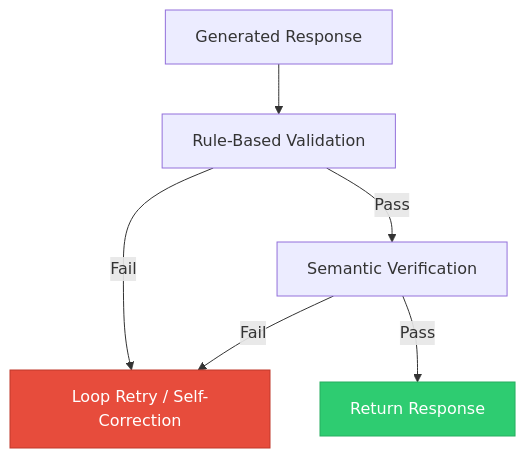
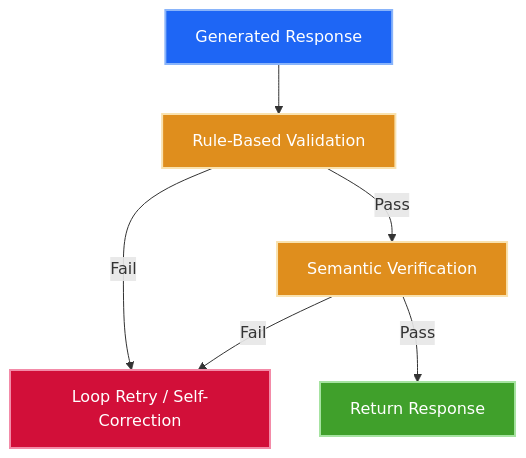
The fourth of 4 diagrams in README.md (himanshu-jadhav108/AgentFlow-AI), drawn with Mermaid before and after one commit. The commit also changed other lines of this file and 23 other files, not shown here.

Commit message:
docs: remove docs links, untrack docs folder, and apply Catppuccin color theme to Mermaid diagrams

````diff
--- a/README.md
+++ b/README.md
@@ -243,11 +244,13 @@
 ```mermaid
 graph TD;
-    classDef stylePass fill:#2ecc71,stroke:#27ae60,color:#fff;
-    classDef styleFail fill:#e74c3c,stroke:#c0392b,color:#fff;
+    classDef styleGen fill:#1E66F5,stroke:#89B4FA,stroke-width:2px,color:#FFFFFF;
+    classDef styleRule fill:#DF8E1D,stroke:#F9E2AF,stroke-width:2px,color:#FFFFFF;
+    classDef stylePass fill:#40A02B,stroke:#A6E3A1,stroke-width:2px,color:#FFFFFF;
+    classDef styleFail fill:#D20F39,stroke:#F38BA8,stroke-width:2px,color:#FFFFFF;
 
-    Gen[Generated Response] --> Rule[Rule-Based Validation];
+    Gen[Generated Response]:::styleGen --> Rule[Rule-Based Validation]:::styleRule;
     Rule -->|Fail| Retry[Loop Retry / Self-Correction]:::styleFail;
-    Rule -->|Pass| Sem[Semantic Verification];
+    Rule -->|Pass| Sem[Semantic Verification]:::styleRule;
     Sem -->|Pass| Pass[Return Response]:::stylePass;
     Sem -->|Fail| Retry;
 ```
````
